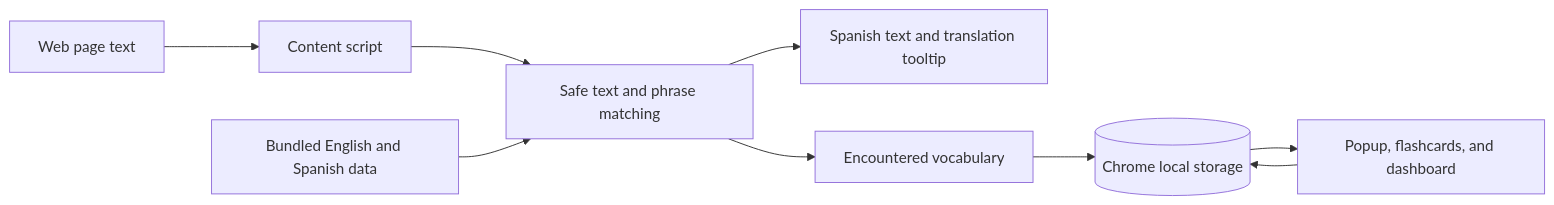
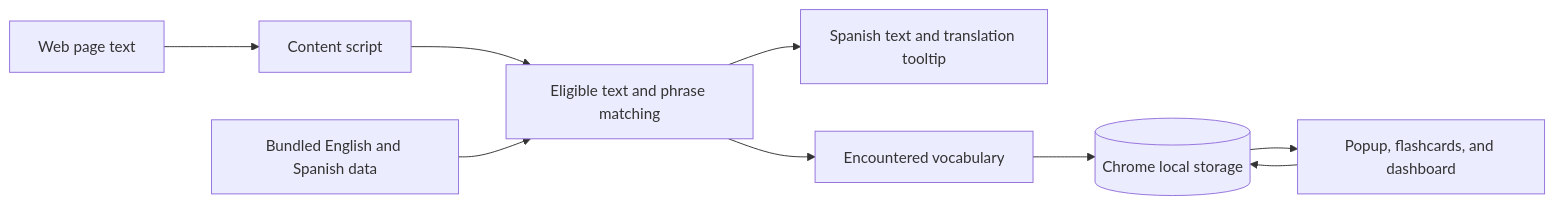
One commit to ayomel/LinguaPop changed the diagram in README.md. Above: the diagram before and after it, drawn with Mermaid. The commit also changed other lines of this file, not shown here.

````diff
--- a/README.md
+++ b/README.md
@@ -22,11 +20,11 @@
 ```mermaid
 flowchart LR
     Page[Web page text] --> Content[Content script]
-    Content --> Match[Safe text and phrase matching]
+    Content --> Match[Eligible text and phrase matching]
     Data[Bundled English and Spanish data] --> Match
     Match --> PageResult[Spanish text and translation tooltip]
     Match --> Encounters[Encountered vocabulary]
     Encounters --> Local[(Chrome local storage)]
     Local --> Review[Popup, flashcards, and dashboard]
     Review --> Local
 ```
````
